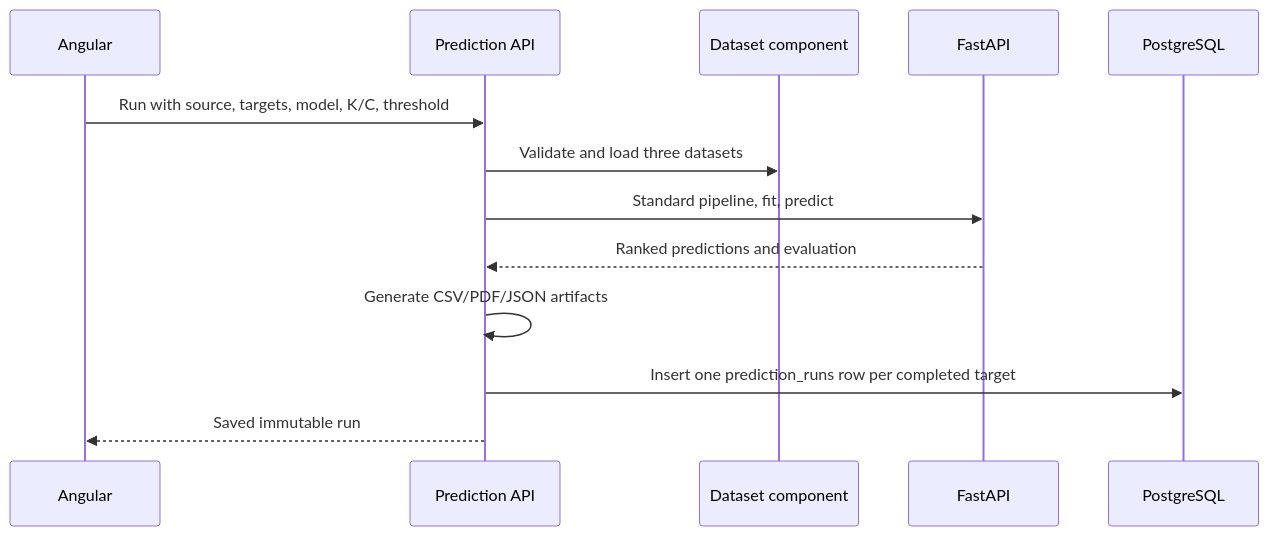
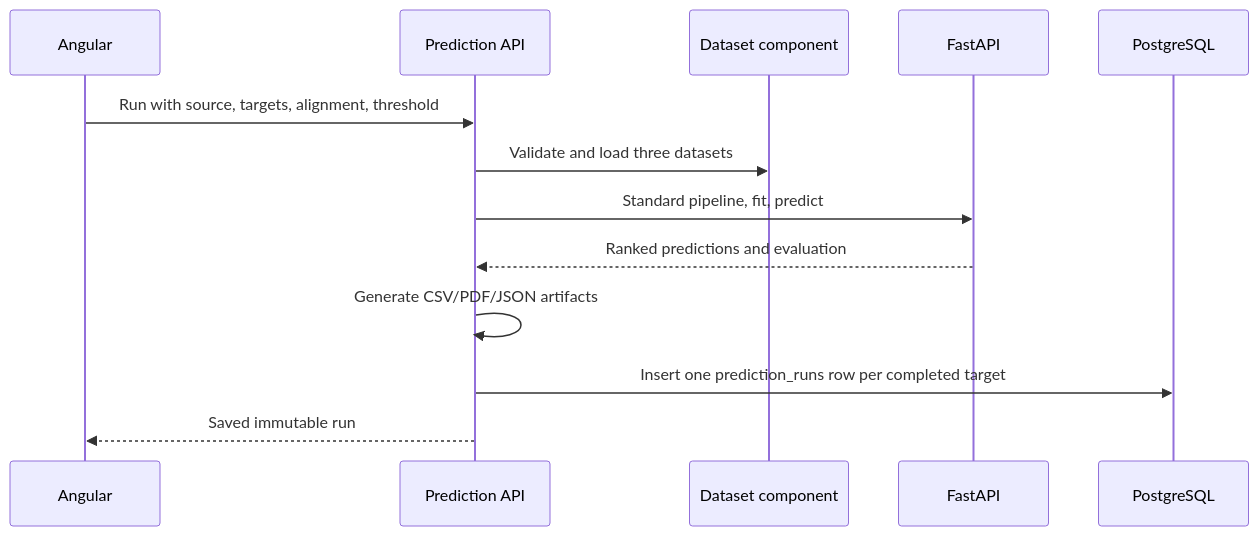
Before and after one commit to Rakibul1411/Software-Metrics-Calculation: the second of 2 diagrams in DefectLab-Updated-Component-Based/docs/COMPONENT_DESIGN.md, drawn with Mermaid. The commit also changed other lines of this file and 47 other files, not shown here.

````diff
--- a/DefectLab-Updated-Component-Based/docs/COMPONENT_DESIGN.md
+++ b/DefectLab-Updated-Component-Based/docs/COMPONENT_DESIGN.md
@@ -106,16 +106,16 @@
 ```mermaid
 sequenceDiagram
     participant UI as Angular
     participant API as Prediction API
     participant DS as Dataset component
     participant ML as FastAPI
     participant DB as PostgreSQL
 
-    UI->>API: Run with source, targets, model, K/C, threshold
+    UI->>API: Run with source, targets, alignment, threshold
     API->>DS: Validate and load three datasets
     API->>ML: Standard pipeline, fit, predict
     ML-->>API: Ranked predictions and evaluation
     API->>API: Generate CSV/PDF/JSON artifacts
     API->>DB: Insert one prediction_runs row per completed target
     API-->>UI: Saved immutable run
 ```
````
